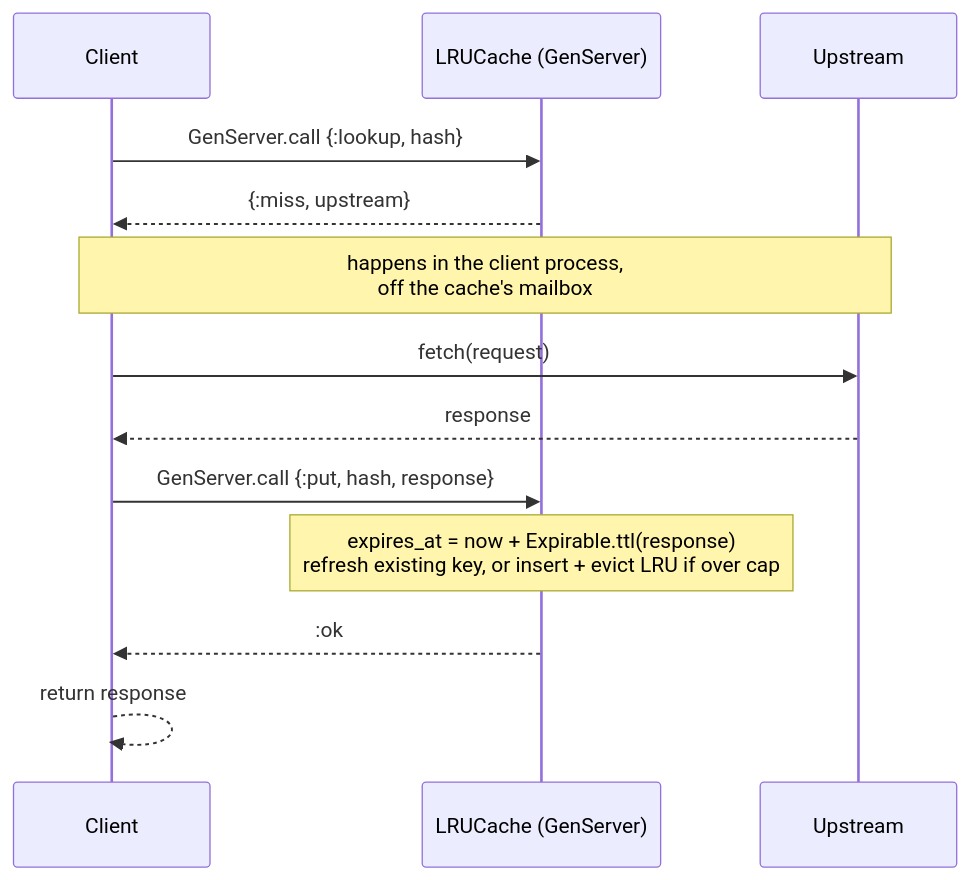
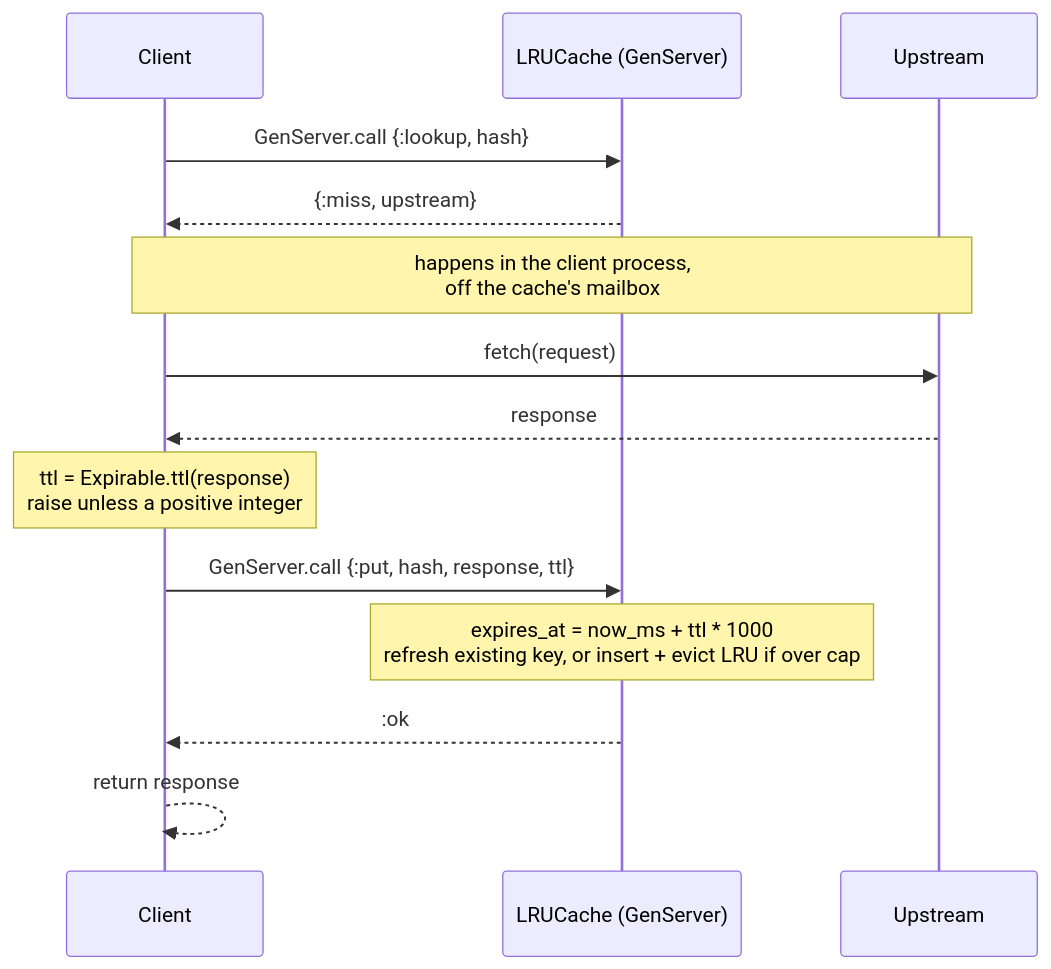
Before and after one commit to omar-sajid6627/appwork-assessment: the third of 3 diagrams in ARCHITECTURE.md, drawn with Mermaid. The commit also changed other lines of this file and 2 other files, not shown here.

````diff
--- a/ARCHITECTURE.md
+++ b/ARCHITECTURE.md
@@ -86,16 +88,17 @@
 ```mermaid
 sequenceDiagram
     participant Client
     participant Cache as LRUCache (GenServer)
     participant Upstream
 
     Client->>Cache: GenServer.call {:lookup, hash}
     Cache-->>Client: {:miss, upstream}
     Note over Client,Upstream: happens in the client process,<br/>off the cache's mailbox
     Client->>Upstream: fetch(request)
     Upstream-->>Client: response
-    Client->>Cache: GenServer.call {:put, hash, response}
-    Note over Cache: expires_at = now + Expirable.ttl(response)<br/>refresh existing key, or insert + evict LRU if over cap
+    Note over Client: ttl = Expirable.ttl(response)<br/>raise unless a positive integer
+    Client->>Cache: GenServer.call {:put, hash, response, ttl}
+    Note over Cache: expires_at = now_ms + ttl * 1000<br/>refresh existing key, or insert + evict LRU if over cap
     Cache-->>Client: :ok
     Client-->>Client: return response
 ```
````
